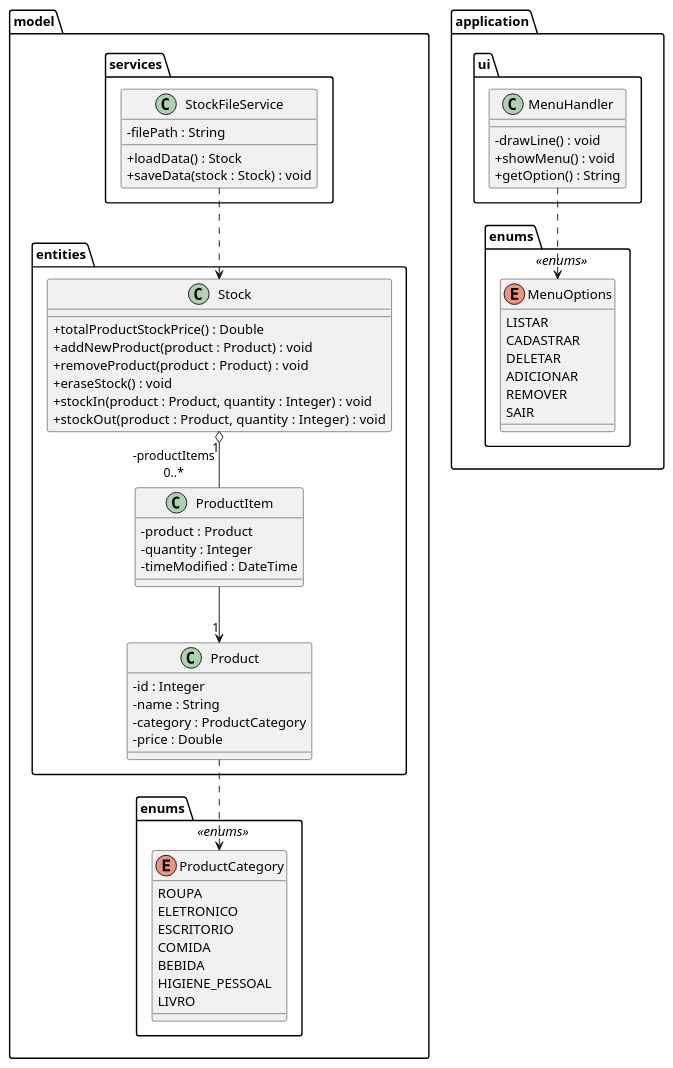
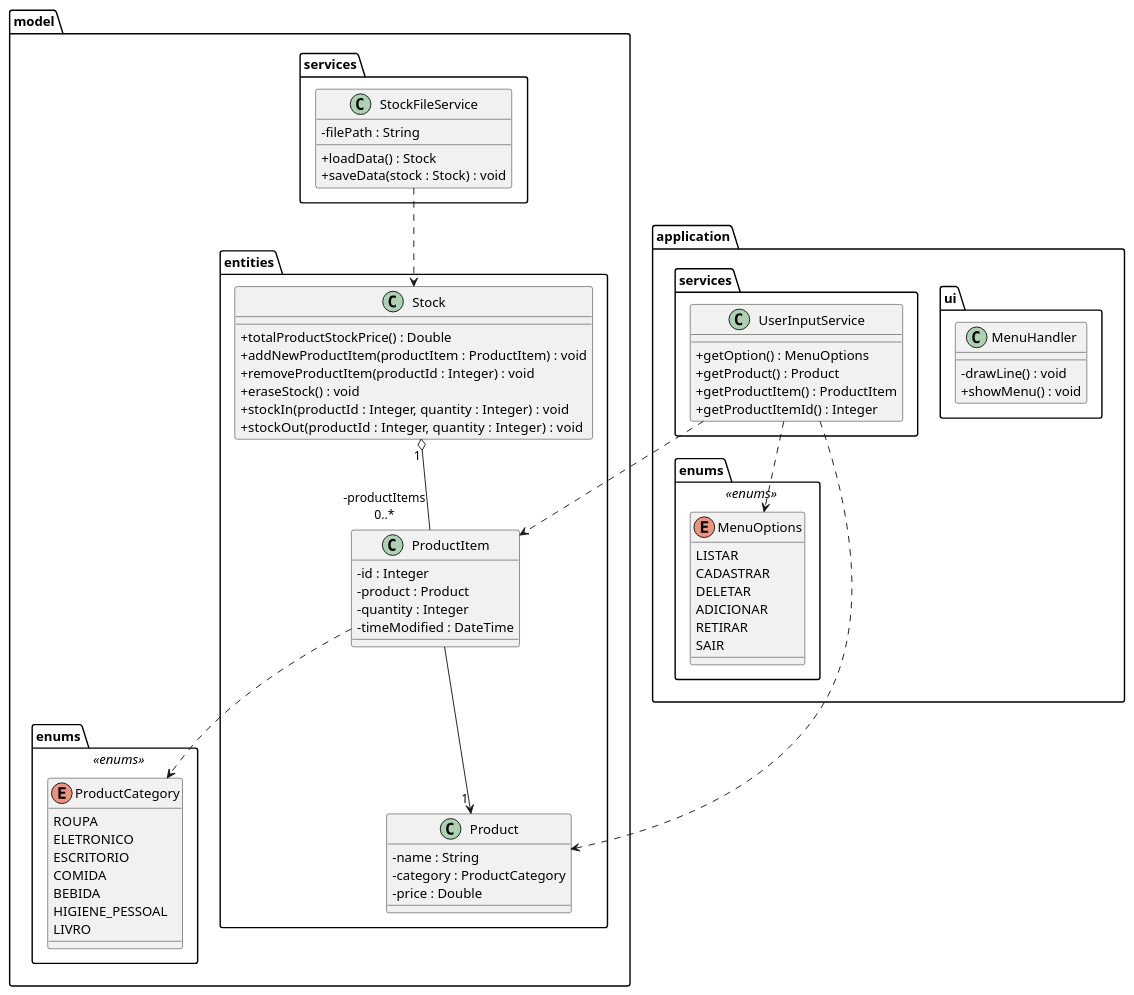
The diagram in java-crud-console-umlclass.puml (victormmcouto/java-crud-console), drawn with PlantUML before and after one commit.

Commit message:
feat: Cria diagrama para serviço de gerenciamento de Input do sistema refactor: Separa as responsabilidades entre ui/services
    Métodos de input foram passados para UserInputService

refactor: Separa as responsabilidades entre Product/ProductItem

    Atributo productCategory passado de ProductItem para Product

refactor: Altera nome dos métodos e nome e tipos de parâmetro de Stock

    addNewProductItem recebe PRoductItem ao invés de Product
    removeProduct, stockIn e stockOut recebem productId ao invés de Product

```diff
--- a/java-crud-console-umlclass.puml
+++ b/java-crud-console-umlclass.puml
@@ -1,69 +1,79 @@
 @startuml
 skinparam classAttributeIconSize 0
-package model.entities {
-  class Product {
-    - id : Integer
-    - name : String
-    - category : ProductCategory
-    - price : Double
+package model {
+  package entities {
+    class Product {
+      - name : String
+      - category : ProductCategory
+      - price : Double
+    }
+    class Stock {
+      + totalProductStockPrice() : Double
+      + addNewProductItem(productItem : ProductItem) : void
+      + removeProductItem(productId : Integer) : void
+      + eraseStock() : void
+      + stockIn(productId : Integer, quantity : Integer) : void
+      + stockOut(productId : Integer, quantity : Integer) :  void
+    }
+    class ProductItem {
+      - id : Integer
+      - product : Product
+      - quantity : Integer
+      - timeModified : DateTime
+    }
   }
-  class Stock {
-    + totalProductStockPrice() : Double
-    + addNewProduct(product : Product) : void
-    + removeProduct(product : Product) : void
-    + eraseStock() : void
-    + stockIn(product : Product, quantity : Integer) : void
-    + stockOut(product : Product, quantity : Integer) :  void
+  package services {
+      class StockFileService {
+      - filePath : String
+      + loadData() : Stock
+      + saveData(stock : Stock) : void
+    }
   }
-  class ProductItem {
-    - product : Product
-    - quantity : Integer
-    - timeModified : DateTime
-  }
-}
-package model.services {
-  class StockFileService {
-    - filePath : String
-    + loadData() : Stock
-    + saveData(stock : Stock) : void
+  package enums <<enums>> {
+    enum ProductCategory {
+      ROUPA
+      ELETRONICO
+      ESCRITORIO
+      COMIDA
+      BEBIDA
+      HIGIENE_PESSOAL
+      LIVRO
+    }
   }
 }
 
-package model.enums <<enums>> {
-  enum ProductCategory {
-    ROUPA
-    ELETRONICO
-    ESCRITORIO
-    COMIDA
-    BEBIDA
-    HIGIENE_PESSOAL
-    LIVRO
+package application {
+  package application.ui {
+    class MenuHandler {
+    - drawLine() : void
+    + showMenu() : void
+    }
+  }
+  package enums <<enums>> {
+    enum MenuOptions {
+      LISTAR
+      CADASTRAR
+      DELETAR
+      ADICIONAR
+      RETIRAR
+      SAIR
+    }
+  }
+  package services {
+    class UserInputService {
+      + getOption() : MenuOptions
+      + getProduct() : Product
+      + getProductItem() : ProductItem
+      + getProductItemId() : Integer
+    }
   }
 }
 
-package application.ui {
-    class MenuHandler {
-    - drawLine() : void
-    + showMenu() : void
-    + getOption() : String
-  }
-}
-
-package application.enums <<enums>> {
-  enum MenuOptions {
-    LISTAR
-    CADASTRAR
-    DELETAR
-    ADICIONAR
-    REMOVER
-    SAIR
-  }
-}
-
-ProductItem --> "1" Product
-Stock "1" o-- "-productItems\n0..*" ProductItem
+ProductItem --> "\t1" Product
+Stock "\t1" o-- "-productItems\n0..*" ProductItem
 StockFileService ..> Stock
-MenuHandler ..> MenuOptions
-
-Product ..> ProductCategory
+ProductItem ..> ProductCategory
+UserInputService ..> MenuOptions
+UserInputService ..> Product
+UserInputService ..> ProductItem
 @enduml
```
